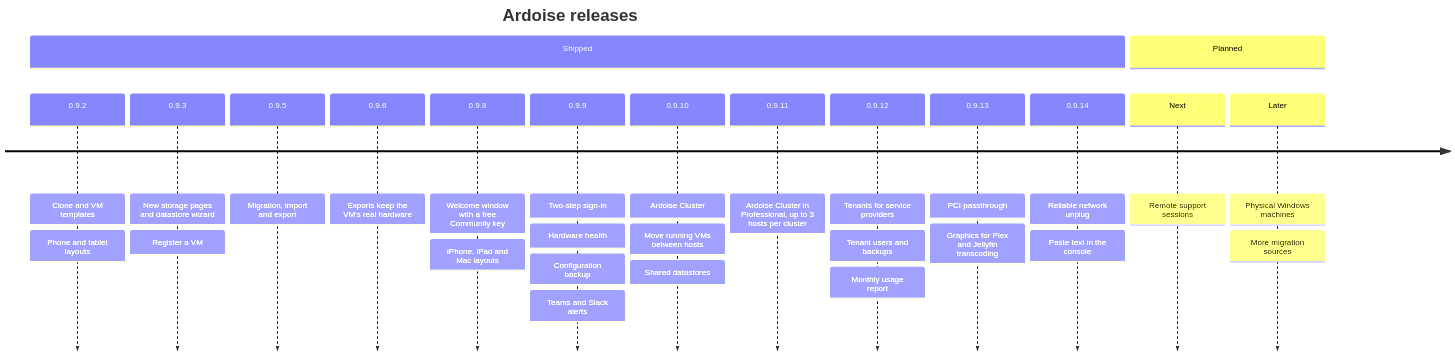
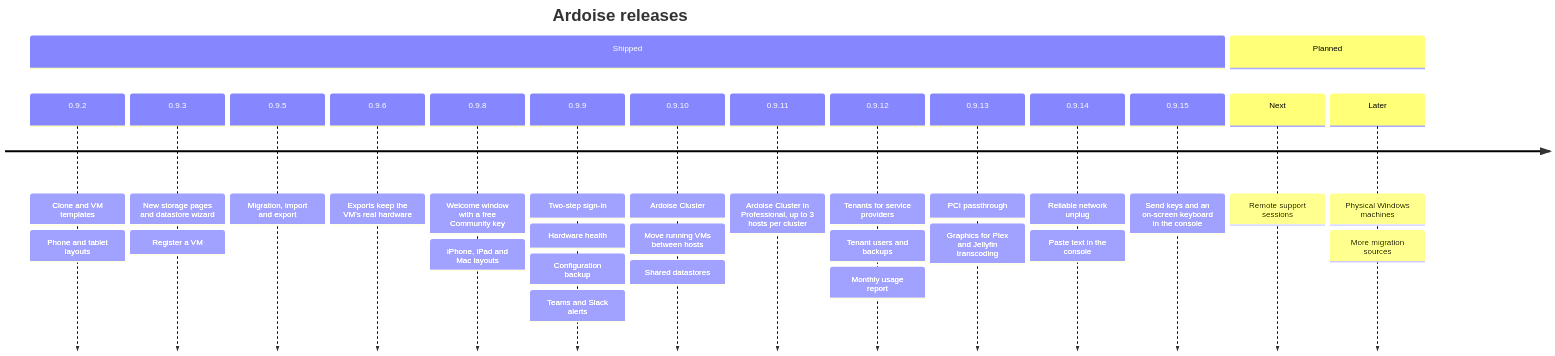
Before and after one commit to neolabs-cloud/ardoise-releases: the diagram in README.md, drawn with Mermaid. The commit also changed other lines of this file and 1 other file, not shown here.

````diff
--- a/README.md
+++ b/README.md
@@ -254,19 +254,20 @@
 ```mermaid
 timeline
     title Ardoise releases
     section Shipped
         0.9.2 : Clone and VM templates : Phone and tablet layouts
         0.9.3 : New storage pages and datastore wizard : Register a VM
         0.9.5 : Migration, import and export
         0.9.6 : Exports keep the VM's real hardware
         0.9.8 : Welcome window with a free Community key : iPhone, iPad and Mac layouts
         0.9.9 : Two-step sign-in : Hardware health : Configuration backup : Teams and Slack alerts
         0.9.10 : Ardoise Cluster : Move running VMs between hosts : Shared datastores
         0.9.11 : Ardoise Cluster in Professional, up to 3 hosts per cluster
         0.9.12 : Tenants for service providers : Tenant users and backups : Monthly usage report
         0.9.13 : PCI passthrough : Graphics for Plex and Jellyfin transcoding
         0.9.14 : Reliable network unplug : Paste text in the console
+        0.9.15 : Send keys and an on-screen keyboard in the console
     section Planned
         Next : Remote support sessions
         Later : Physical Windows machines : More migration sources
 ```
````
